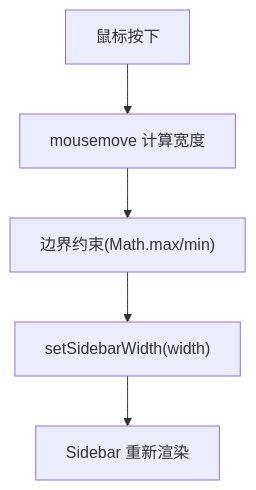
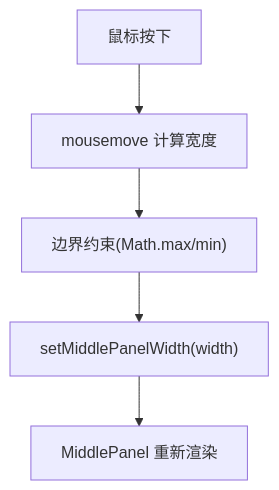
The sixth of 8 diagrams in .qoder/repowiki/zh/content/状态管理/状态管理.md (wwenbo2048/nexsql), drawn with Mermaid before and after one commit. The commit also changed other lines of this file and 19 other files, not shown here.

````diff
--- a/.qoder/repowiki/zh/content/状态管理/状态管理.md
+++ b/.qoder/repowiki/zh/content/状态管理/状态管理.md
@@ -188,7 +309,7 @@
 ```mermaid
 flowchart TD
 DragStart["鼠标按下"] --> Move["mousemove 计算宽度"]
 Move --> Clamp["边界约束(Math.max/min)"]
-Clamp --> SetWidth["setSidebarWidth(width)"]
-SetWidth --> Render["Sidebar 重新渲染"]
+Clamp --> SetWidth["setMiddlePanelWidth(width)"]
+SetWidth --> Render["MiddlePanel 重新渲染"]
 ```
````
